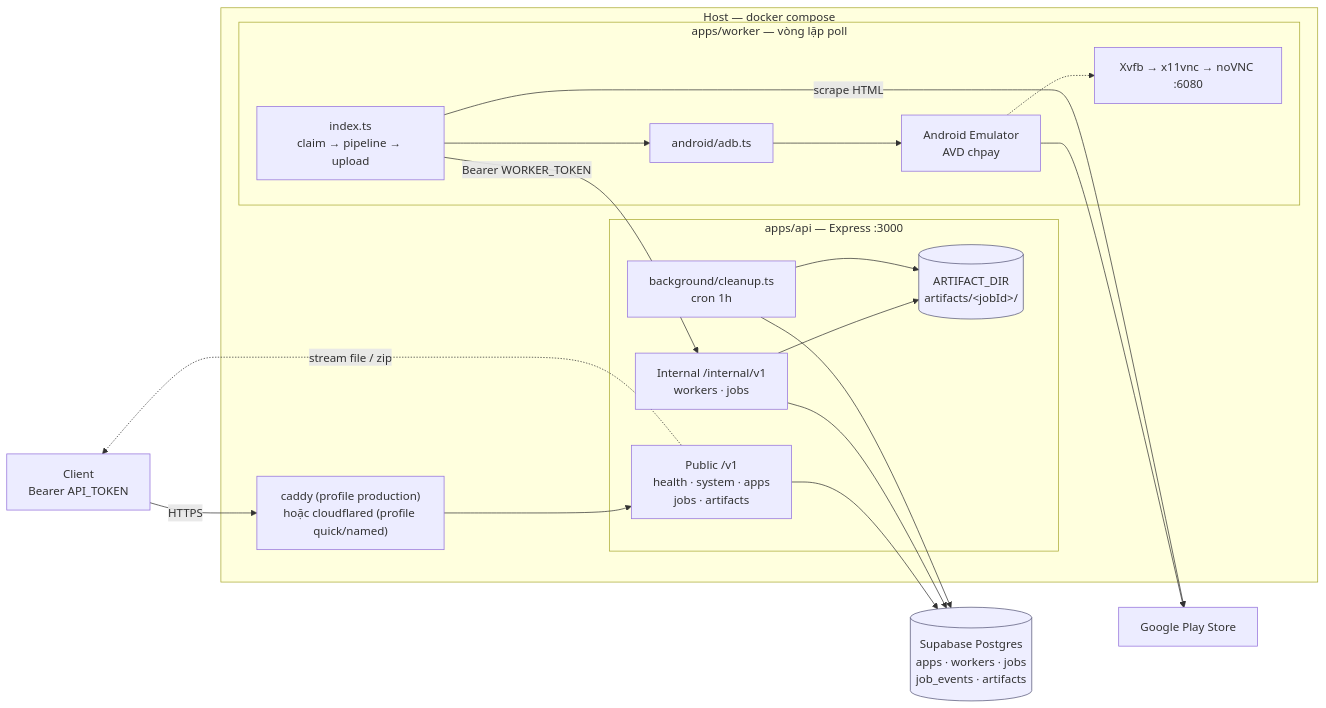
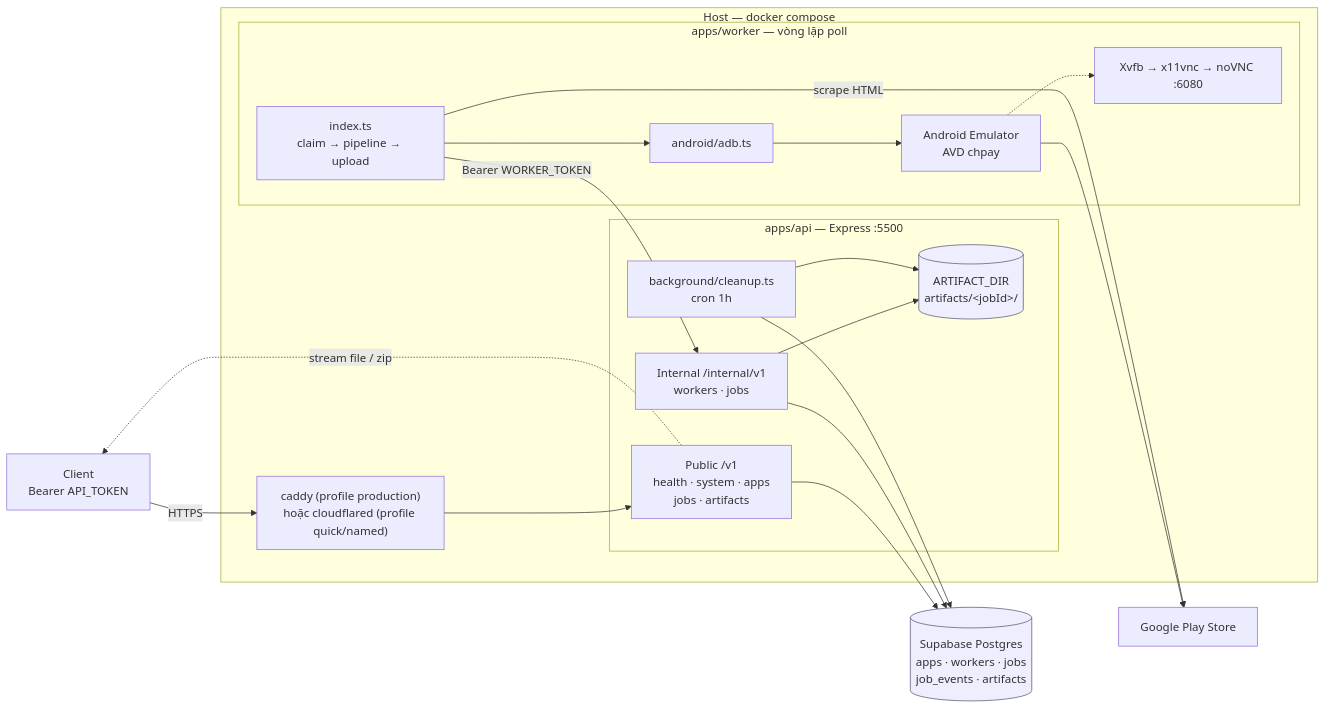
Before and after one commit to daclong120-del/app-relay: the first of 5 diagrams in docs/architecture.md, drawn with Mermaid. The commit also changed 27 other files, not shown here.

Commit message:
feat: add worker implementation, container deployment architecture, and comprehensive project documentation

````diff
--- a/docs/architecture.md
+++ b/docs/architecture.md
@@ -22,42 +22,42 @@
 ```mermaid
 flowchart LR
     Client["Client<br/>Bearer API_TOKEN"]
 
     subgraph HOST["Host — docker compose"]
         Edge["caddy (profile production)<br/>hoặc cloudflared (profile quick/named)"]
 
-        subgraph API["apps/api — Express :3000"]
+        subgraph API["apps/api — Express :5500"]
             Public["Public /v1<br/>health · system · apps<br/>jobs · artifacts"]
             Internal["Internal /internal/v1<br/>workers · jobs"]
             Cron["background/cleanup.ts<br/>cron 1h"]
             Disk[("ARTIFACT_DIR<br/>artifacts/&lt;jobId&gt;/")]
         end
 
         subgraph Worker["apps/worker — vòng lặp poll"]
             Loop["index.ts<br/>claim → pipeline → upload"]
             Adb["android/adb.ts"]
             Emu["Android Emulator<br/>AVD chpay"]
             VNC["Xvfb → x11vnc → noVNC :6080"]
         end
     end
 
     DB[("Supabase Postgres<br/>apps · workers · jobs<br/>job_events · artifacts")]
     Play["Google Play Store"]
 
     Client -->|"HTTPS"| Edge --> Public
     Public --> DB
     Internal --> DB
     Internal --> Disk
     Cron --> DB
     Cron --> Disk
 
     Loop -->|"Bearer WORKER_TOKEN"| Internal
     Loop --> Adb --> Emu --> Play
     Loop -->|"scrape HTML"| Play
     Emu -.-> VNC
 
     Public -.->|"stream file / zip"| Client
 
     classDef store fill:#eef,stroke:#557
     class DB,Disk store
 ```
````
